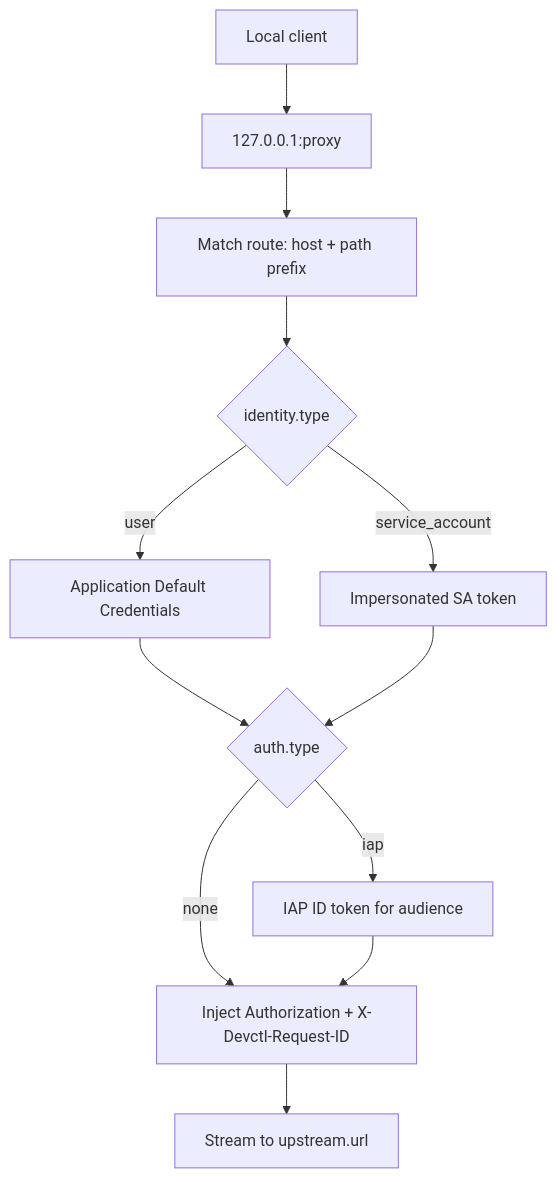
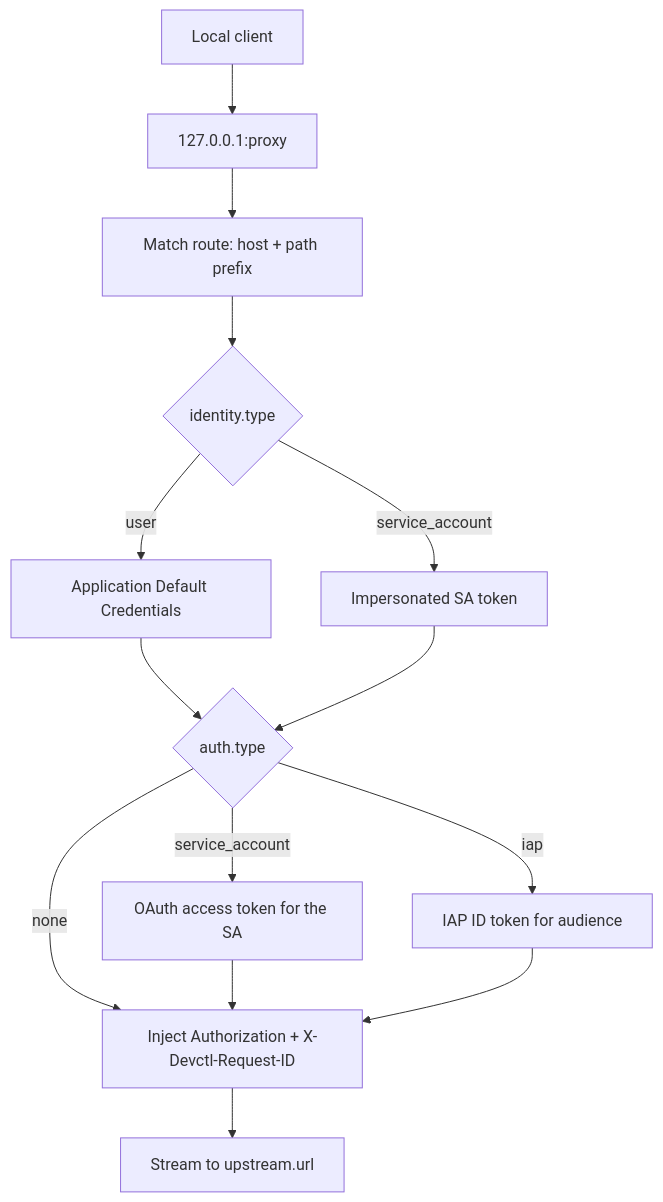
One commit to amr-m-abdelgawad/devctl changed the diagram in docs/proxy.md. Above: the diagram before and after it, drawn with Mermaid. The commit also changed other lines of this file and 32 other files, not shown here.

````diff
--- a/docs/proxy.md
+++ b/docs/proxy.md
@@ -79,14 +81,16 @@
 ```mermaid
 flowchart TB
   client["Local client"] --> listen["127.0.0.1:proxy"]
   listen --> match["Match route: host + path prefix"]
   match --> ident{"identity.type"}
   ident -->|user| adc["Application Default Credentials"]
   ident -->|service_account| sa["Impersonated SA token"]
   adc --> auth{"auth.type"}
   sa --> auth
   auth -->|iap| iap["IAP ID token for audience"]
   auth -->|none| inject
+  auth -->|service_account| satoken["OAuth access token for the SA"]
+  satoken --> inject
   iap --> inject["Inject Authorization + X-Devctl-Request-ID"]
   inject --> up["Stream to upstream.url"]
 ```
````
